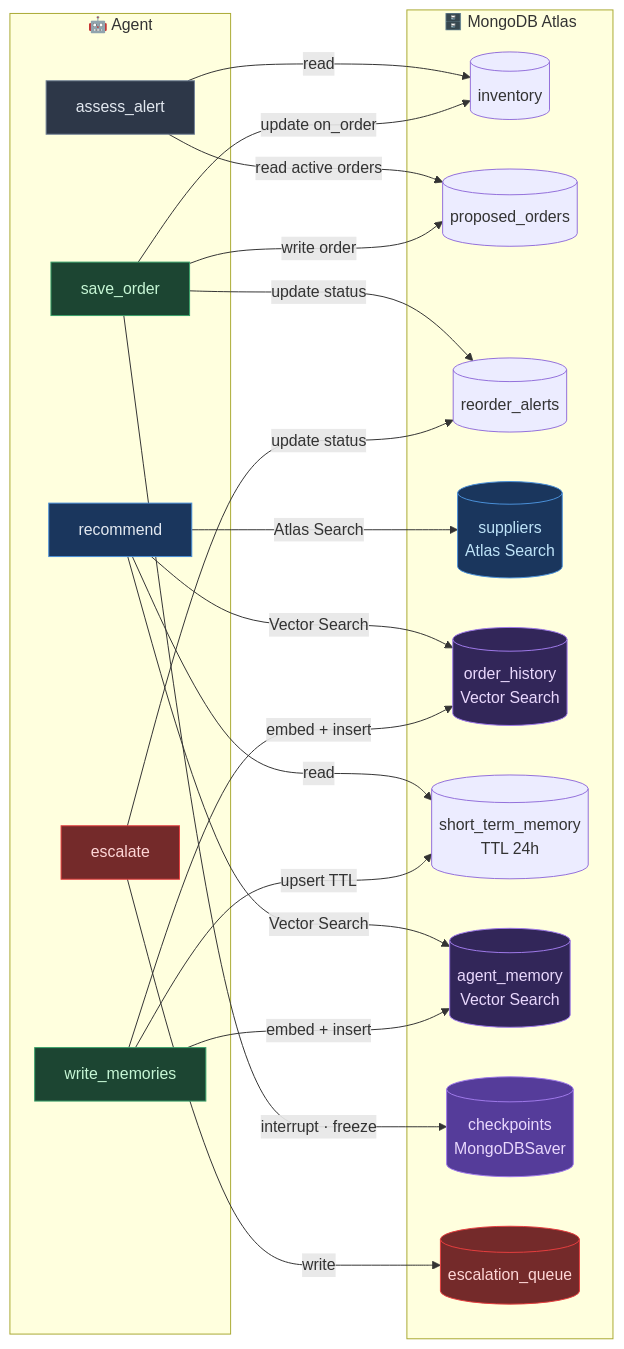
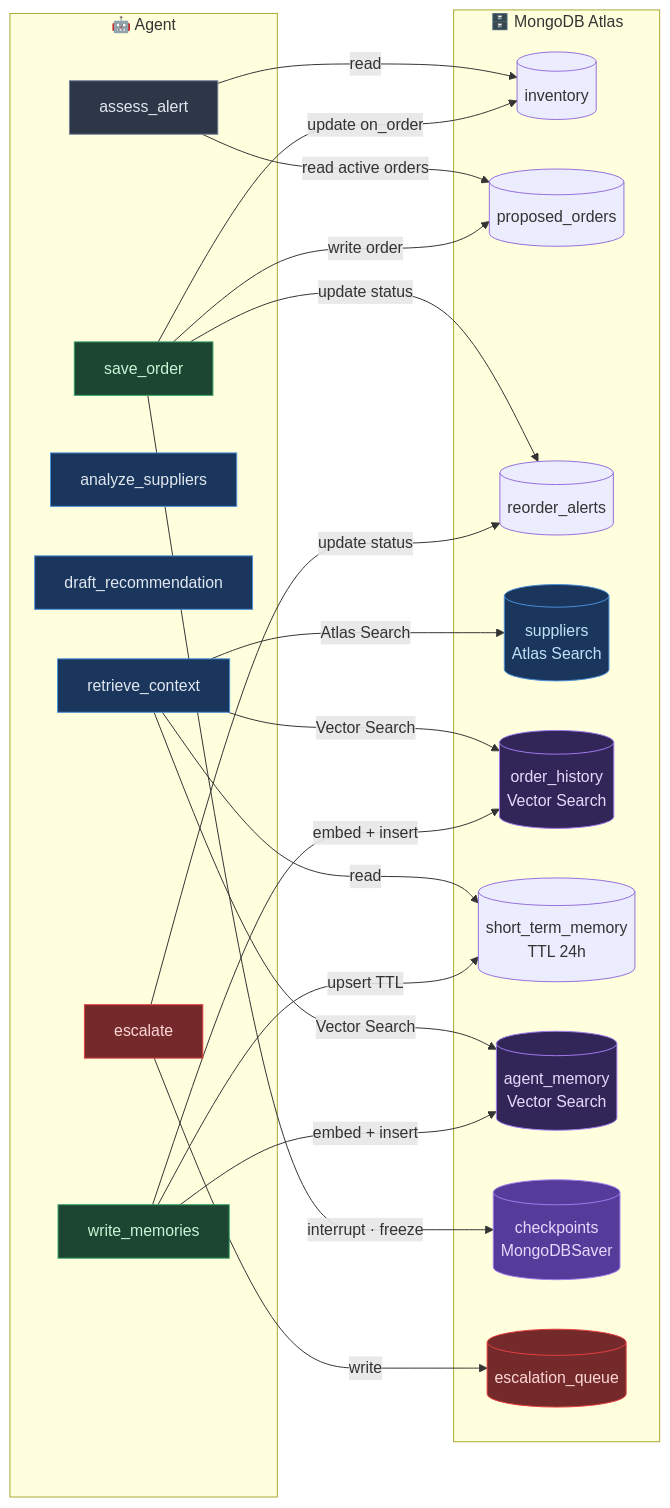
Before and after one commit to alxmancilla/Supply_Chain_Reorder_Agent: the second of 2 diagrams in diagrams/agent_diagrams.md, drawn with Mermaid. The commit also changed other lines of this file and 5 other files, not shown here.

````diff
--- a/diagrams/agent_diagrams.md
+++ b/diagrams/agent_diagrams.md
@@ -45,53 +55,57 @@
 ```mermaid
 flowchart LR
     subgraph AGENT["🤖 Agent"]
         A1["assess_alert"]
-        A2["recommend"]
+        A2a["retrieve_context"]
+        A2b["analyze_suppliers"]
+        A2c["draft_recommendation"]
         A3["save_order"]
         A4["write_memories"]
         A5["escalate"]
     end
 
     subgraph DB["🗄️ MongoDB Atlas"]
         INV[("inventory")]
         PO[("proposed_orders")]
         RA[("reorder_alerts")]
         SUP[("suppliers\nAtlas Search")]
         OH[("order_history\nVector Search")]
         STM[("short_term_memory\nTTL 24h")]
         LTM[("agent_memory\nVector Search")]
         CK[("checkpoints\nMongoDBSaver")]
         EQ[("escalation_queue")]
     end
 
     A1 -->|"read"| INV
     A1 -->|"read active orders"| PO
 
-    A2 -->|"Atlas Search"| SUP
-    A2 -->|"Vector Search"| OH
-    A2 -->|"Vector Search"| LTM
-    A2 -->|"read"| STM
+    A2a -->|"Atlas Search"| SUP
+    A2a -->|"Vector Search"| OH
+    A2a -->|"Vector Search"| LTM
+    A2a -->|"read"| STM
 
     A3 -->|"write order"| PO
     A3 -->|"update status"| RA
     A3 -->|"update on_order"| INV
     A3 -->|"interrupt · freeze"| CK
 
     A4 -->|"upsert TTL"| STM
     A4 -->|"embed + insert"| LTM
     A4 -->|"embed + insert"| OH
 
     A5 -->|"write"| EQ
     A5 -->|"update status"| RA
 
-    style A1  fill:#2d3748,color:#e2e8f0,stroke:#718096
-    style A2  fill:#1a365d,color:#e2e8f0,stroke:#4a90d9
-    style A3  fill:#1c4532,color:#c6f6d5,stroke:#38a169
-    style A4  fill:#1c4532,color:#c6f6d5,stroke:#38a169
-    style A5  fill:#742a2a,color:#fed7d7,stroke:#e53e3e
+    style A1   fill:#2d3748,color:#e2e8f0,stroke:#718096
+    style A2a  fill:#1a365d,color:#e2e8f0,stroke:#4a90d9
+    style A2b  fill:#1a365d,color:#e2e8f0,stroke:#4a90d9
+    style A2c  fill:#1a365d,color:#e2e8f0,stroke:#4a90d9
+    style A3   fill:#1c4532,color:#c6f6d5,stroke:#38a169
+    style A4   fill:#1c4532,color:#c6f6d5,stroke:#38a169
+    style A5   fill:#742a2a,color:#fed7d7,stroke:#e53e3e
     style SUP fill:#1a365d,color:#bee3f8,stroke:#4a90d9
     style OH  fill:#322659,color:#e9d8fd,stroke:#9f7aea
     style LTM fill:#322659,color:#e9d8fd,stroke:#9f7aea
     style CK  fill:#553c9a,color:#e9d8fd,stroke:#9f7aea
     style EQ  fill:#742a2a,color:#fed7d7,stroke:#e53e3e
 ```
````
